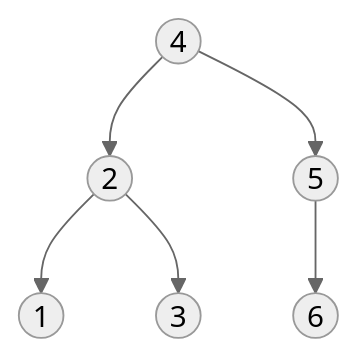
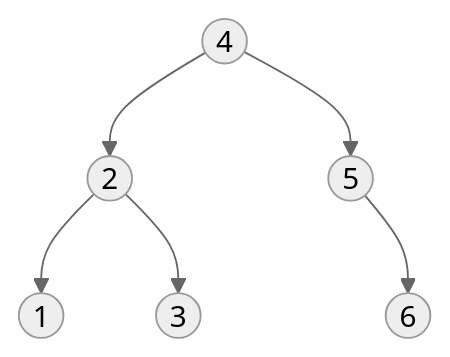
The second of 6 diagrams in assignments/hw2.md (hanggrian/IIT-CS535), drawn with Mermaid (neutral theme) before and after one commit. The commit also changed other lines of this file and 4 other files, not shown here.

````diff
--- a/assignments/hw2.md
+++ b/assignments/hw2.md
@@ -59,8 +59,11 @@
 ```mermaid
 graph TB
   A((4)) --> B((2))
   A --> C((5))
   B --> D((1))
   B --> E((3))
-  C --> F((6))
+  C ~~~ F:::hidden
+  C --> G((6))
+
+  classDef hidden display: none;
 ```
````
